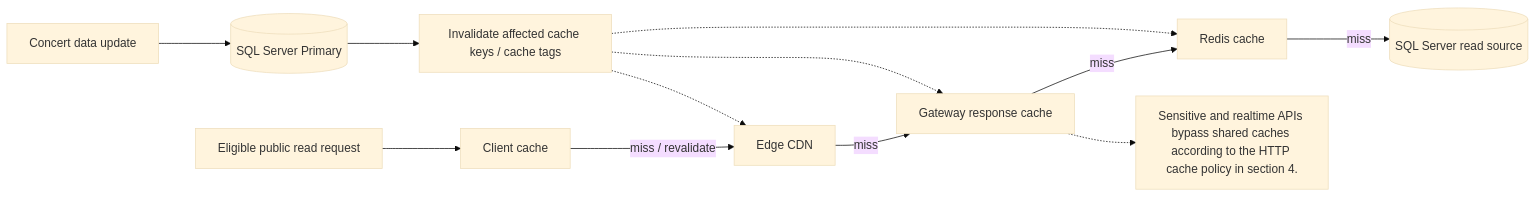
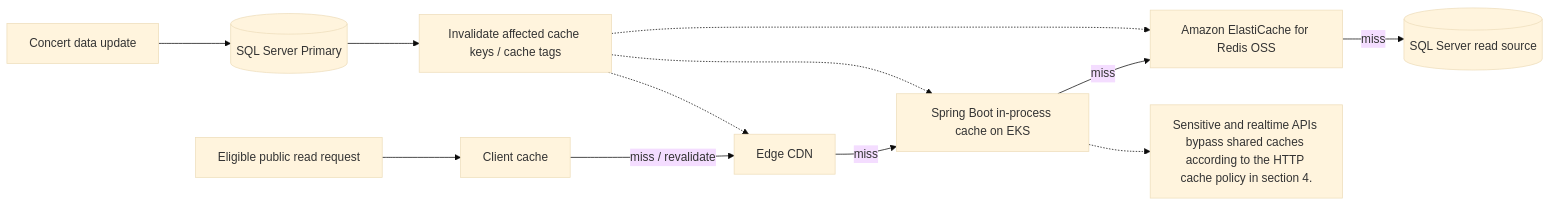
One commit to toanteng11/concert-ticketing-docs changed the second of 2 diagrams in business-analysis/05_Non_Functional_Requirements_(NFR)/01_Cross_Platform_Caching_And_CDN.md. Above: the diagram before and after it, drawn with Mermaid (base theme). The commit also changed other lines of this file and 43 other files, not shown here.

````diff
--- a/business-analysis/05_Non_Functional_Requirements_(NFR)/01_Cross_Platform_Caching_And_CDN.md
+++ b/business-analysis/05_Non_Functional_Requirements_(NFR)/01_Cross_Platform_Caching_And_CDN.md
@@ -90,15 +90,15 @@
 ```mermaid
 flowchart LR
   request["Eligible public read request"] --> client["Client cache"]
   client -->|miss / revalidate| cdn["Edge CDN"]
-  cdn -->|miss| gateway["Gateway response cache"]
-  gateway -->|miss| redis["Redis cache"]
+  cdn -->|miss| gateway["Spring Boot in-process cache on EKS"]
+  gateway -->|miss| redis["Amazon ElastiCache for Redis OSS"]
   redis -->|miss| db[("SQL Server read source")]
   organizer["Concert data update"] --> primary[("SQL Server Primary")]
   primary --> invalidate["Invalidate affected cache keys / cache tags"]
   invalidate -.-> redis
   invalidate -.-> gateway
   invalidate -.-> cdn
   note["Sensitive and realtime APIs bypass shared caches according to the HTTP cache policy in section 4."]
   gateway -.-> note
 ```
````
